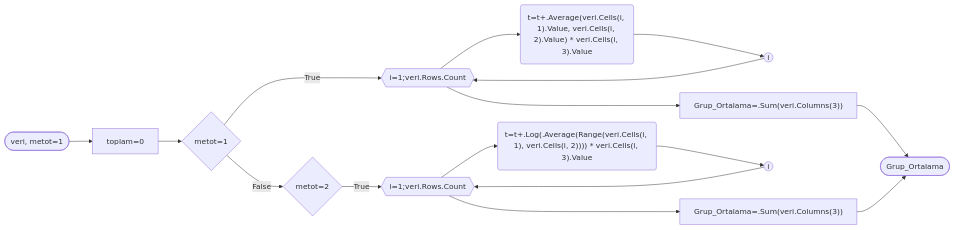
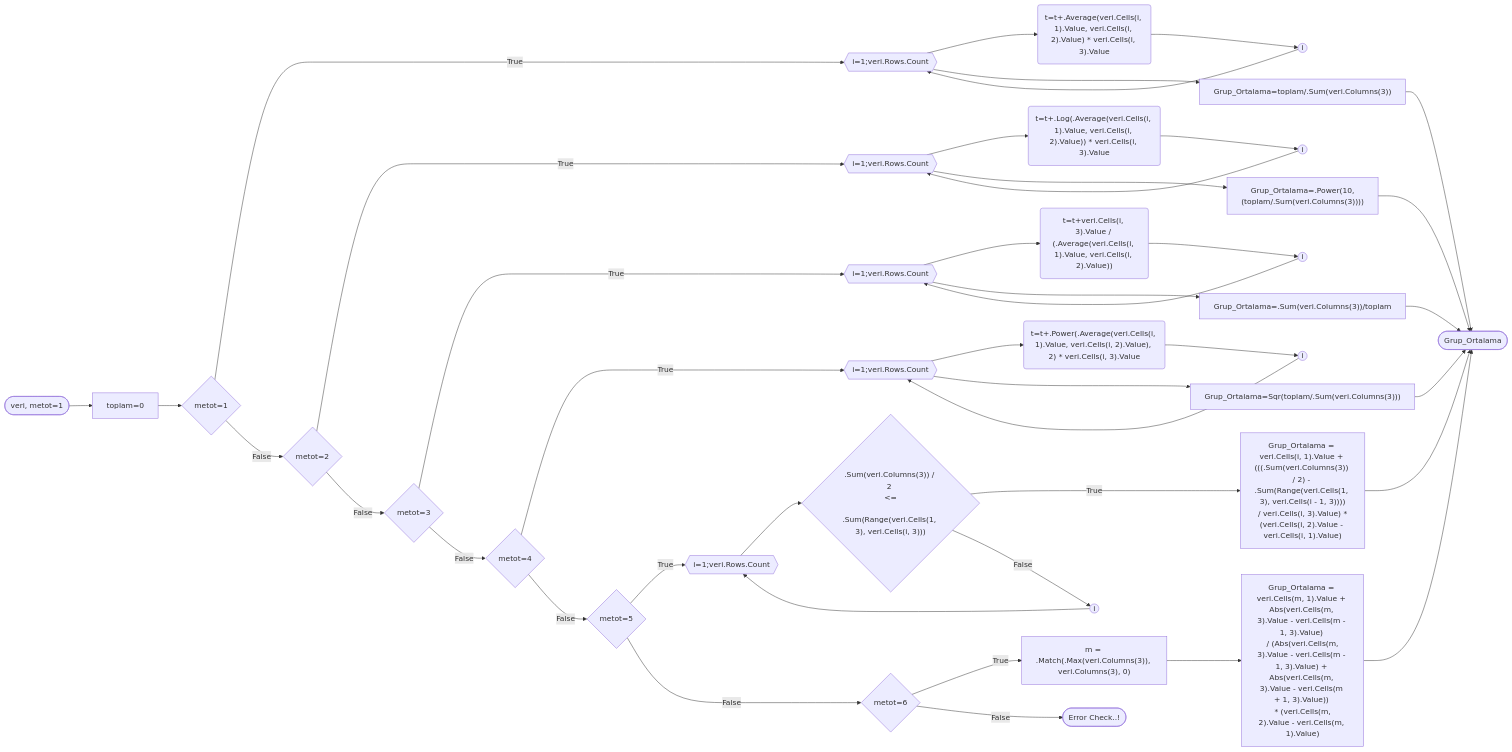
One commit to lterlemez/Excel-VBA--statistik changed the first of 2 diagrams in VBA_Statistics/README.md. Above: the diagram before and after it, drawn with Mermaid.

Commit message:
Update README.md
Content update....

````diff
--- a/VBA_Statistics/README.md
+++ b/VBA_Statistics/README.md
@@ -103,14 +103,22 @@
 ```mermaid
 %%{ init: { 'flowchart': { 'curve': 'monotoneXY' } } }%%
 flowchart LR
 
 A(["veri, metot=1"]) --> B["toplam=0"] --> C1
 C1{metot=1} --True--> E1{{"i=1;veri.Rows.Count"}}
-E1-->F1("t=t+.Average(veri.Cells(i, 1).Value, veri.Cells(i, 2).Value) * veri.Cells(i, 3).Value")-->G1((i))-->E1--->H1["Grup_Ortalama=.Sum(veri.Columns(3))"]-->R
+E1-->F1("t=t+.Average(veri.Cells(i, 1).Value, veri.Cells(i, 2).Value) * veri.Cells(i, 3).Value")-->G1((i))-->E1--->H1["Grup_Ortalama=toplam/.Sum(veri.Columns(3))"]-->R
 C1--False-->C2{metot=2}--True-->E2{{"i=1;veri.Rows.Count"}}
-E2-->F2("t=t+.Log(.Average(Range(veri.Cells(i, 1), veri.Cells(i, 2)))) * veri.Cells(i, 3).Value")-->G2((i))-->E2--->H2["Grup_Ortalama=.Sum(veri.Columns(3))"]-->R
+E2-->F2("t=t+.Log(.Average(veri.Cells(i, 1).Value, veri.Cells(i, 2).Value)) * veri.Cells(i, 3).Value")-->G2((i))-->E2--->H2["Grup_Ortalama=.Power(10,(toplam/.Sum(veri.Columns(3))))"]-->R
+C2--False-->C3{metot=3}--True-->E3{{"i=1;veri.Rows.Count"}}
+E3-->F3("t=t+veri.Cells(i, 3).Value / (.Average(veri.Cells(i, 1).Value, veri.Cells(i, 2).Value))")-->G3((i))-->E3--->H3["Grup_Ortalama=.Sum(veri.Columns(3))/toplam"]-->R
+C3--False-->C4{metot=4}--True-->E4{{"i=1;veri.Rows.Count"}}
+E4-->F4("t=t+.Power(.Average(veri.Cells(i, 1).Value, veri.Cells(i, 2).Value), 2) * veri.Cells(i, 3).Value")-->G4((i))-->E4--->H4["Grup_Ortalama=Sqr(toplam/.Sum(veri.Columns(3)))"]-->R
+C4--False-->C5{metot=5}--True-->E5{{"i=1;veri.Rows.Count"}}
+E5-->F5{".Sum(veri.Columns(3)) / 2 \n<=\n .Sum(Range(veri.Cells(1, 3), veri.Cells(i, 3)))"}--True--->H5["Grup_Ortalama = veri.Cells(i, 1).Value + (((.Sum(veri.Columns(3)) / 2) - .Sum(Range(veri.Cells(1, 3), veri.Cells(i - 1, 3))))\n / veri.Cells(i, 3).Value) * (veri.Cells(i, 2).Value - veri.Cells(i, 1).Value)"]-->R
+F5--False-->G5((i))-->E5
 
+C5--False-->C6{metot=6}--True-->E6["m = .Match(.Max(veri.Columns(3)), veri.Columns(3), 0)"]-->F6["Grup_Ortalama = veri.Cells(m, 1).Value + Abs(veri.Cells(m, 3).Value - veri.Cells(m - 1, 3).Value) \n / (Abs(veri.Cells(m, 3).Value - veri.Cells(m - 1, 3).Value) + Abs(veri.Cells(m, 3).Value - veri.Cells(m + 1, 3).Value)) \n * (veri.Cells(m, 2).Value - veri.Cells(m, 1).Value)"]-->R
 R([Grup_Ortalama])
-
+C6--False-->R1(["Error Check..!"])
 
 ```
````
